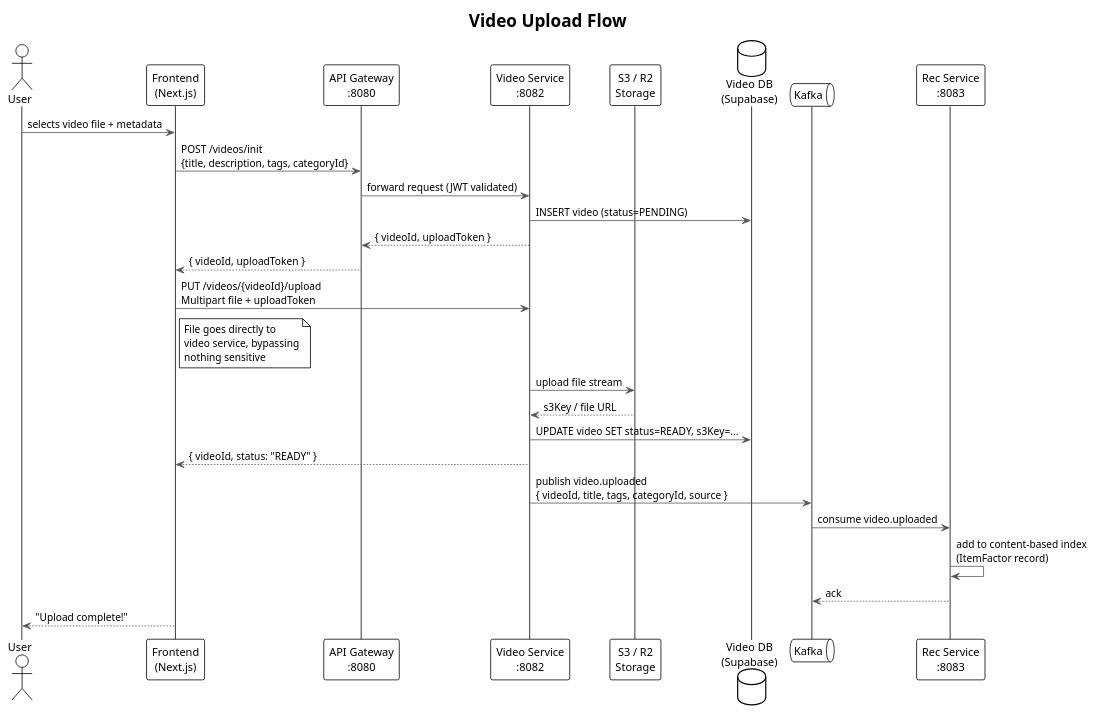
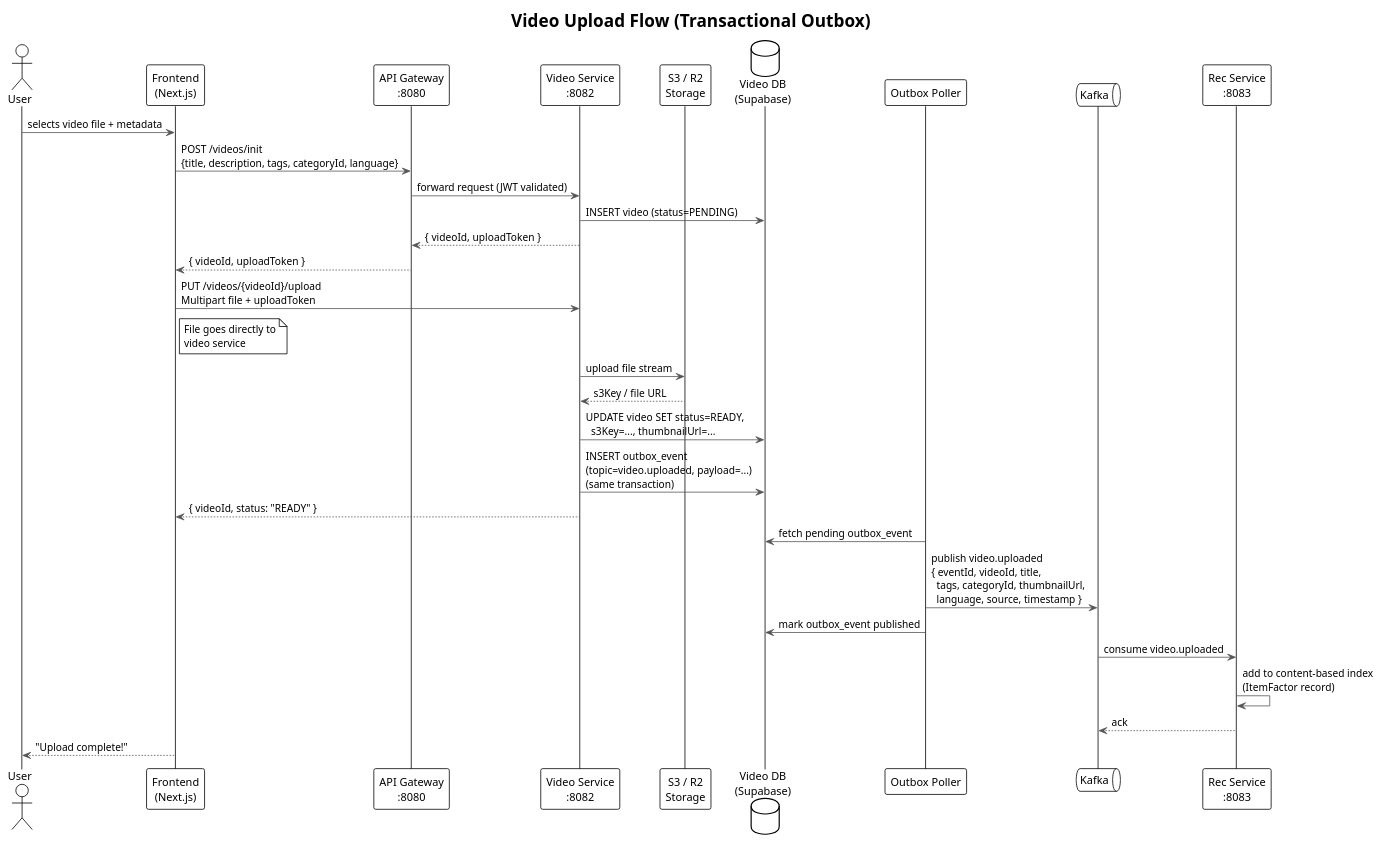
One commit to AmnsAmr/recommendation_sys changed the diagram in uml/05_sequence_upload.puml. Above: the diagram before and after it, drawn with PlantUML. The commit also changed 18 other files, not shown here.

```diff
--- a/uml/05_sequence_upload.puml
+++ b/uml/05_sequence_upload.puml
@@ -1,43 +1,47 @@
-@startuml Video Upload — Sequence Diagram
+@startuml Video Upload -- Sequence Diagram
 !theme plain
 skinparam backgroundColor #FFFFFF
 skinparam defaultFontName Arial
 skinparam SequenceArrowColor #555555
 skinparam SequenceBoxBorderColor #888888
 
-title Video Upload Flow
+title Video Upload Flow (Transactional Outbox)
 
 actor "User" as user
 participant "Frontend\n(Next.js)" as fe
 participant "API Gateway\n:8080" as gw
 participant "Video Service\n:8082" as vs
 participant "S3 / R2\nStorage" as s3
 database "Video DB\n(Supabase)" as db
+participant "Outbox Poller" as poller
 queue "Kafka" as kafka
 participant "Rec Service\n:8083" as rec
 
 user -> fe : selects video file + metadata
 
-fe -> gw : POST /videos/init\n{title, description, tags, categoryId}
+fe -> gw : POST /videos/init\n{title, description, tags, categoryId, language}
 gw -> vs : forward request (JWT validated)
 vs -> db : INSERT video (status=PENDING)
 vs --> gw : { videoId, uploadToken }
 gw --> fe : { videoId, uploadToken }
 
 fe -> vs : PUT /videos/{videoId}/upload\nMultipart file + uploadToken
-note right of fe : File goes directly to\nvideo service, bypassing\nnothing sensitive
+note right of fe : File goes directly to\nvideo service
 
 vs -> s3 : upload file stream
 s3 --> vs : s3Key / file URL
-vs -> db : UPDATE video SET status=READY, s3Key=...
+vs -> db : UPDATE video SET status=READY,\n  s3Key=..., thumbnailUrl=...
+vs -> db : INSERT outbox_event\n(topic=video.uploaded, payload=...)\n(same transaction)
 vs --> fe : { videoId, status: "READY" }
 
-vs -> kafka : publish video.uploaded\n{ videoId, title, tags, categoryId, source }
+poller -> db : fetch pending outbox_event
+poller -> kafka : publish video.uploaded\n{ eventId, videoId, title,\n  tags, categoryId, thumbnailUrl,\n  language, source, timestamp }
+poller -> db : mark outbox_event published
 
 kafka -> rec : consume video.uploaded
 rec -> rec : add to content-based index\n(ItemFactor record)
 rec --> kafka : ack
 
 fe --> user : "Upload complete!"
 
 @enduml
```
